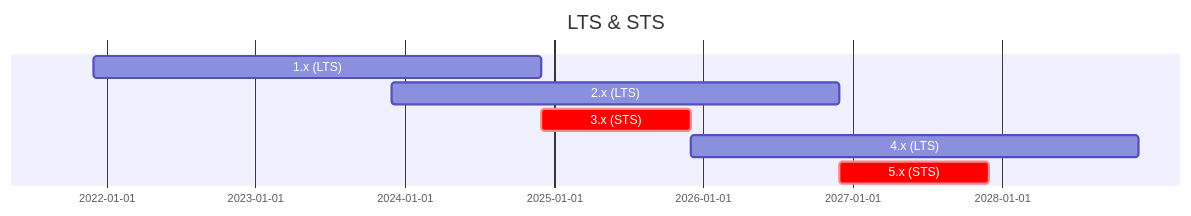
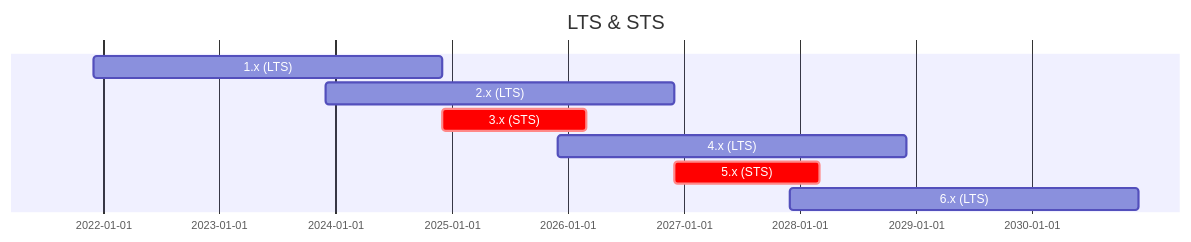
One commit to public-ui/kolibri changed the diagram in README.md. Above: the diagram before and after it, drawn with Mermaid.

````diff
--- a/README.md
+++ b/README.md
@@ -40,12 +40,13 @@
 ```mermaid
 gantt
     title LTS & STS
     dateFormat YYYY-MM-DD
 
     1.x (LTS) :, 2021-12-01, 3y
     2.x (LTS) :,  2023-12-01, 3y
-    3.x (STS) :crit , 2024-12-01, 1y
+    3.x (STS) :crit , 2024-12-01, 15M
     4.x (LTS) :, 2025-12-01, 3y
-    5.x (STS) :crit , 2026-12-01, 1y
+    5.x (STS) :crit , 2026-12-01, 15M
+    6.x (LTS) :, 2027-12-01, 3y
 
 ```
````
